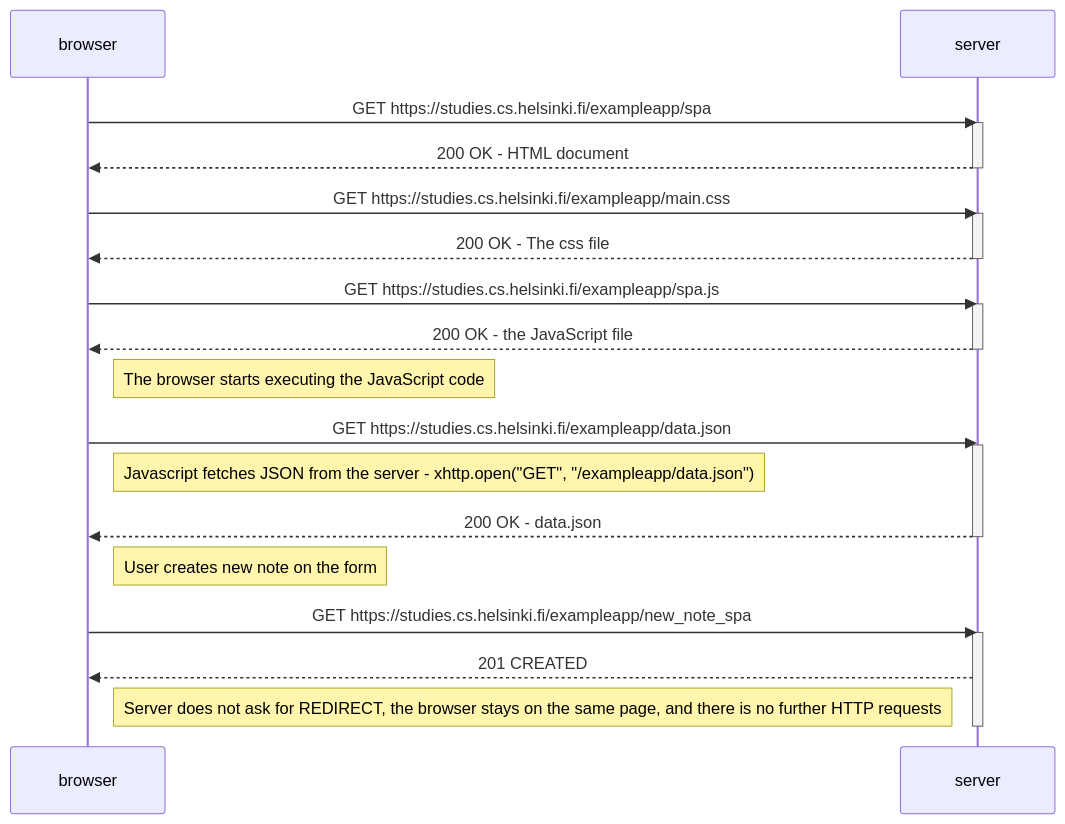
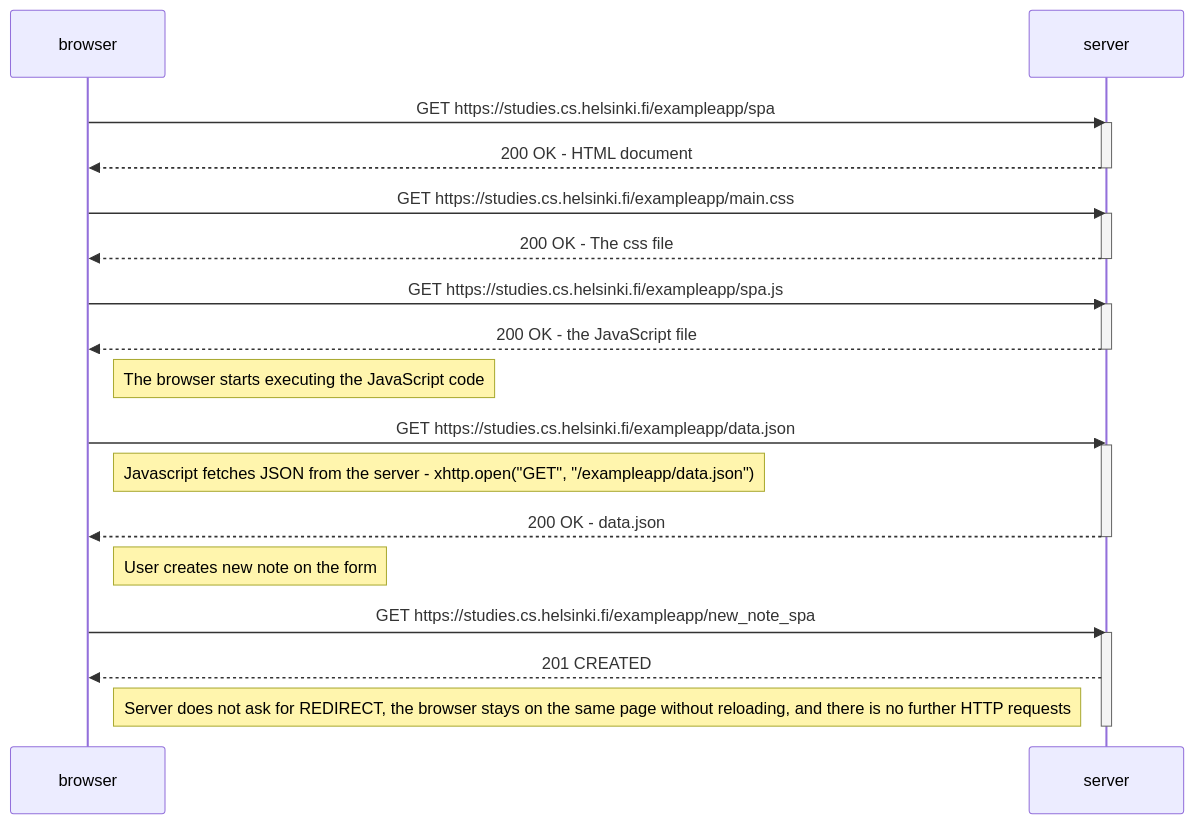
One commit to TomppeliG6-8/fullstack changed the diagram in Part0/0.6 - New note in single page app diagram/readme.md. Above: the diagram before and after it, drawn with Mermaid.

````diff
--- a/Part0/0.6 - New note in single page app diagram/readme.md
+++ b/Part0/0.6 - New note in single page app diagram/readme.md
@@ -1,36 +1,36 @@
 ```mermaid
 sequenceDiagram
     participant browser
     participant server
 
     browser->>server: GET https://studies.cs.helsinki.fi/exampleapp/spa
     activate server
     server-->>browser: 200 OK - HTML document
     deactivate server
 
     browser->>server: GET https://studies.cs.helsinki.fi/exampleapp/main.css
     activate server
     server-->>browser: 200 OK - The css file
     deactivate server
 
     browser->>server: GET https://studies.cs.helsinki.fi/exampleapp/spa.js
     activate server
     server-->>browser: 200 OK - the JavaScript file
     deactivate server
 
     Note right of browser: The browser starts executing the JavaScript code
     
     browser->>server: GET https://studies.cs.helsinki.fi/exampleapp/data.json
     activate server
     Note right of browser: Javascript fetches JSON from the server - xhttp.open("GET", "/exampleapp/data.json")
     server-->>browser: 200 OK - data.json
     deactivate server
 
     Note right of browser: User creates new note on the form
 
     browser->>server: GET https://studies.cs.helsinki.fi/exampleapp/new_note_spa
     activate server
     server-->>browser: 201 CREATED
-    Note right of browser: Server does not ask for REDIRECT, the browser stays on the same page, and there is no further HTTP requests
+    Note right of browser: Server does not ask for REDIRECT, the browser stays on the same page without reloading, and there is no further HTTP requests
     deactivate server
 ```
````
